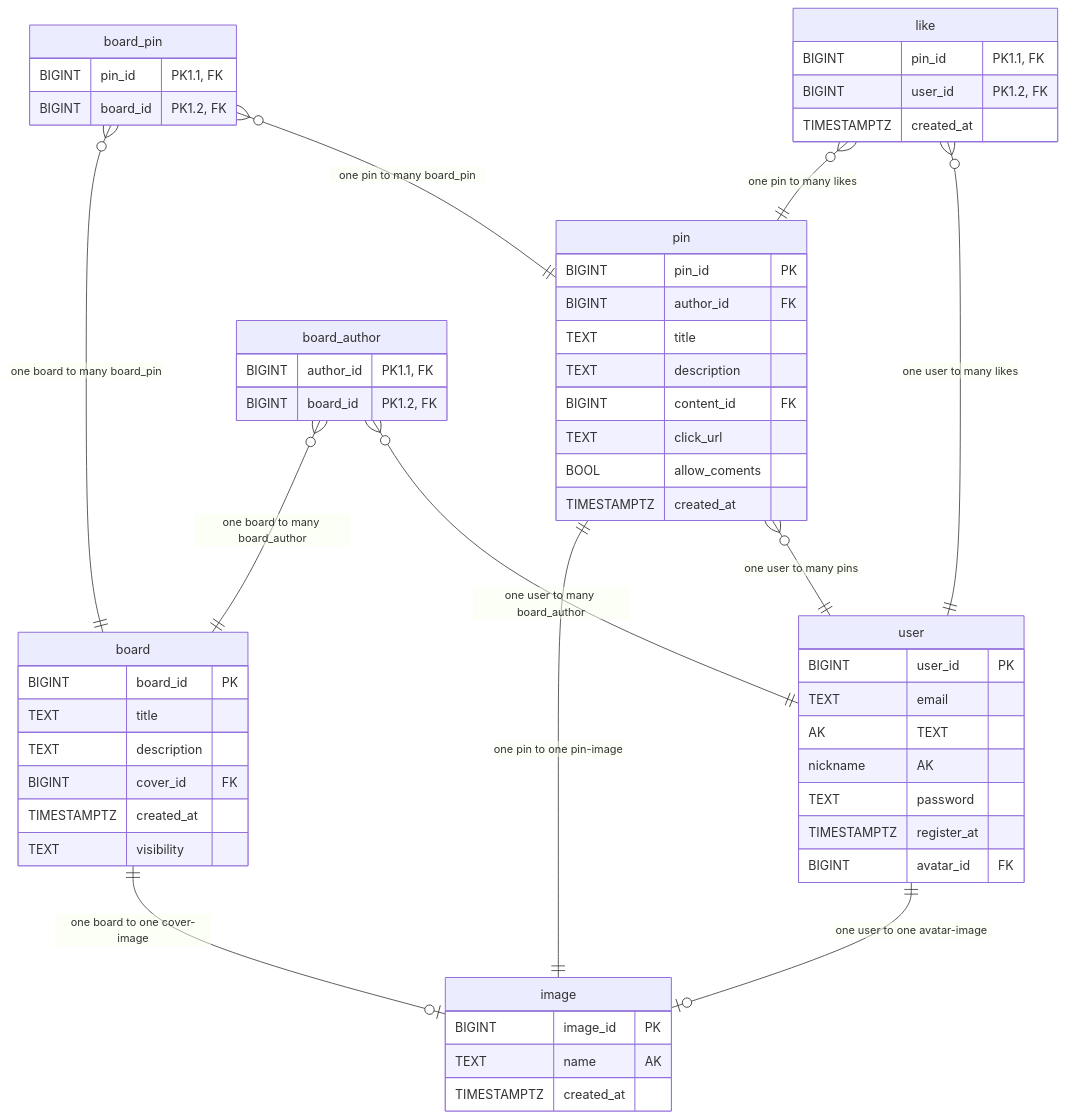
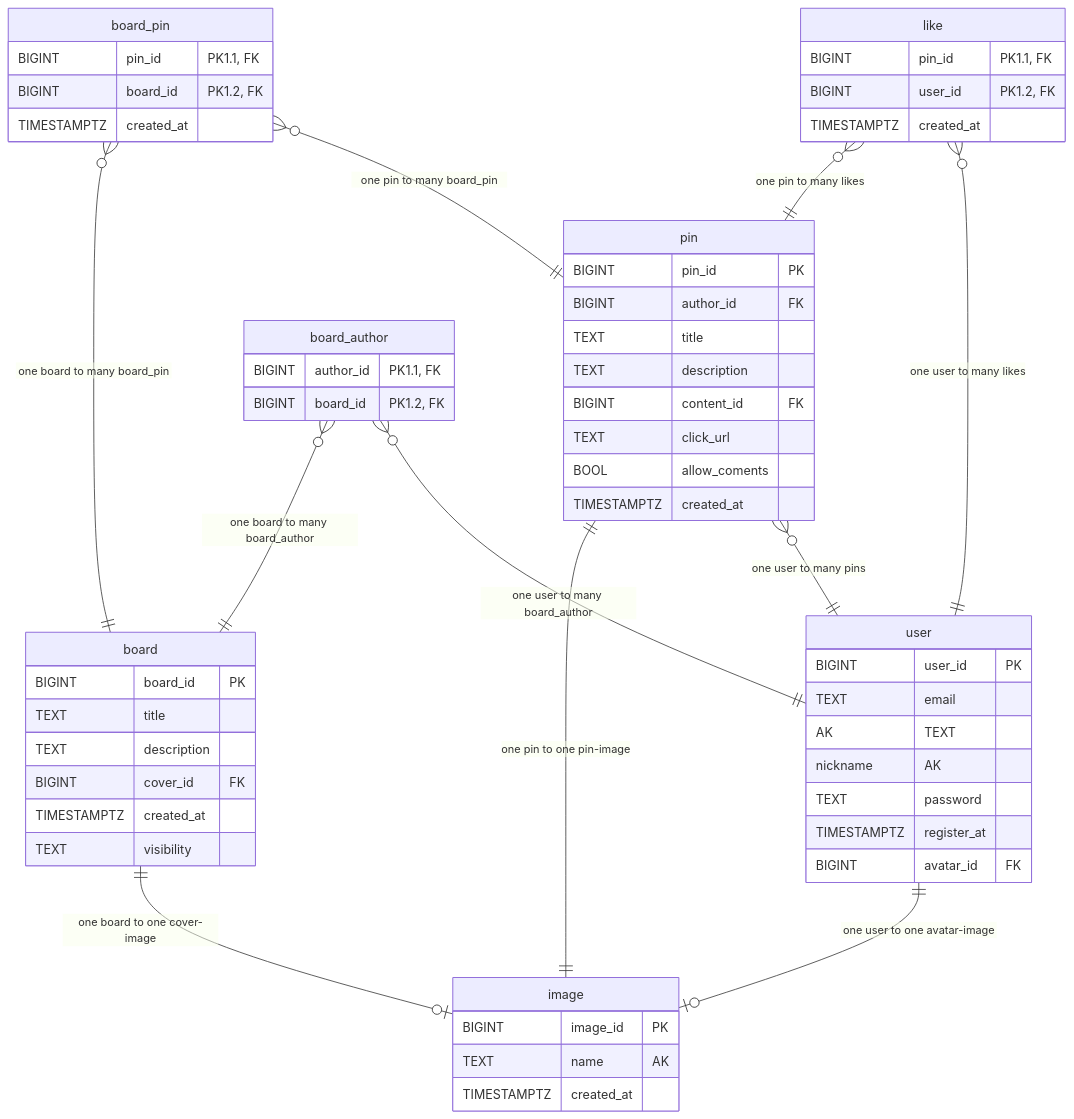
The diagram in db/normalized/ERD.md (go-park-mail-ru/2024_1_Harmonica), drawn with Mermaid before and after one commit. The commit also changed 19 other files, not shown here.

````diff
--- a/db/normalized/ERD.md
+++ b/db/normalized/ERD.md
@@ -1,58 +1,59 @@
 ```mermaid
 erDiagram
     user {
         BIGINT user_id PK
         TEXT email AK
         TEXT nickname AK
         TEXT password
         TIMESTAMPTZ register_at
         BIGINT avatar_id FK
     }
     pin {
         BIGINT pin_id PK
         BIGINT author_id FK
         TEXT title
         TEXT description
         BIGINT content_id FK
         TEXT click_url
         BOOL allow_coments
         TIMESTAMPTZ created_at
     }
     board {
         BIGINT board_id PK
         TEXT title
         TEXT description
         BIGINT cover_id FK
         TIMESTAMPTZ created_at
         TEXT visibility
     }
     like {
         BIGINT pin_id "PK1.1, FK"
         BIGINT user_id "PK1.2, FK"
         TIMESTAMPTZ created_at
     }
     board_author {
         BIGINT author_id "PK1.1, FK"
         BIGINT board_id "PK1.2, FK"
     }
     board_pin {
         BIGINT pin_id "PK1.1, FK"
         BIGINT board_id "PK1.2, FK"
+        TIMESTAMPTZ created_at
     }
     image {
         BIGINT image_id "PK"
         TEXT name "AK"
         TIMESTAMPTZ created_at 
     }
 
     pin o{--|| user : "one user to many pins"
     board_pin o{--|| pin : "one pin to many board_pin"
     board_pin o{--|| board : "one board to many board_pin"
     board_author o{--|| user : "one user to many board_author"
     board_author o{--|| board : "one board to many board_author"
     like o{--|| user : "one user to many likes"
     like o{--|| pin : "one pin to many likes"
     user ||--o| image : "one user to one avatar-image"
     pin ||--|| image : "one pin to one pin-image"
     board ||--o| image : "one board to one cover-image"
 ```
````
